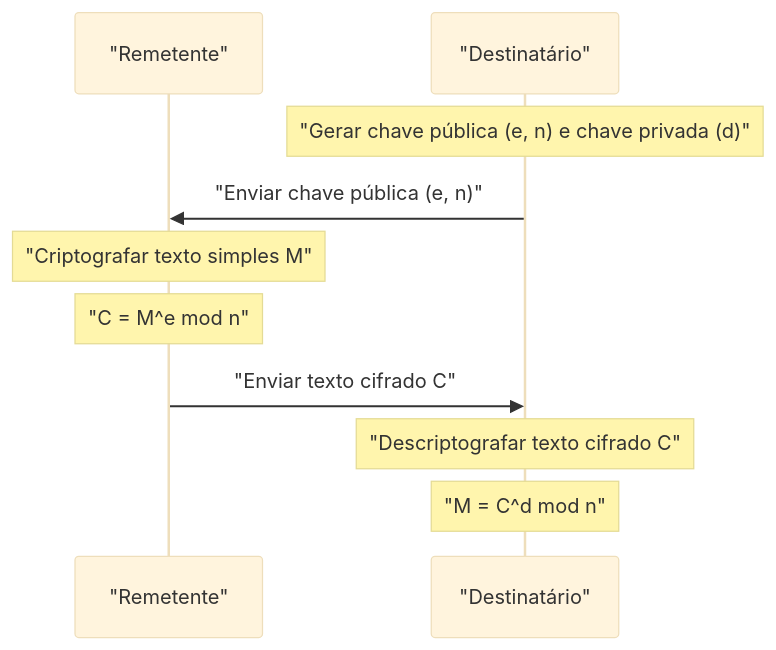
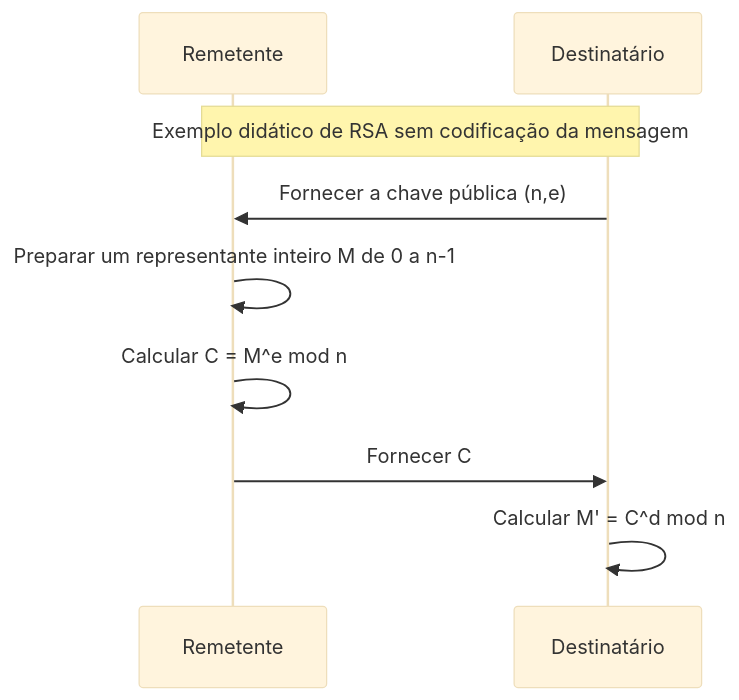
The second of 2 diagrams in content/post/fermats-little-theorem/index.pt.md (kenjinote/blog), drawn with Mermaid (base theme) before and after one commit. The commit also changed other lines of this file and 5 other files, not shown here.

````diff
--- a/content/post/fermats-little-theorem/index.pt.md
+++ b/content/post/fermats-little-theorem/index.pt.md
@@ -101,12 +79,11 @@
 ```mermaid
 sequenceDiagram
-    participant Sender as "Remetente"
-    participant Receiver as "Destinatário"
-    Note over Receiver: "Gerar chave pública (e, n) e chave privada (d)"
-    Receiver->>Sender: "Enviar chave pública (e, n)"
-    Note over Sender: "Criptografar texto simples M"
-    Note over Sender: "C = M^e mod n"
-    Sender->>Receiver: "Enviar texto cifrado C"
-    Note over Receiver: "Descriptografar texto cifrado C"
-    Note over Receiver: "M = C^d mod n"
+    participant Sender as Remetente
+    participant Receiver as Destinatário
+    Note over Sender,Receiver: Exemplo didático de RSA sem codificação da mensagem
+    Receiver->>Sender: Fornecer a chave pública (n,e)
+    Sender->>Sender: Preparar um representante inteiro M de 0 a n-1
+    Sender->>Sender: Calcular C = M^e mod n
+    Sender->>Receiver: Fornecer C
+    Receiver->>Receiver: Calcular M' = C^d mod n
 ```
````
